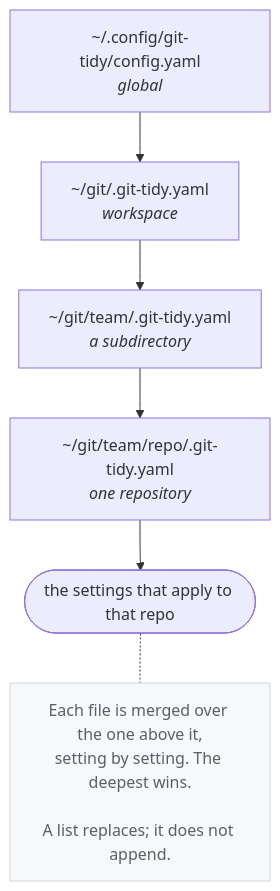
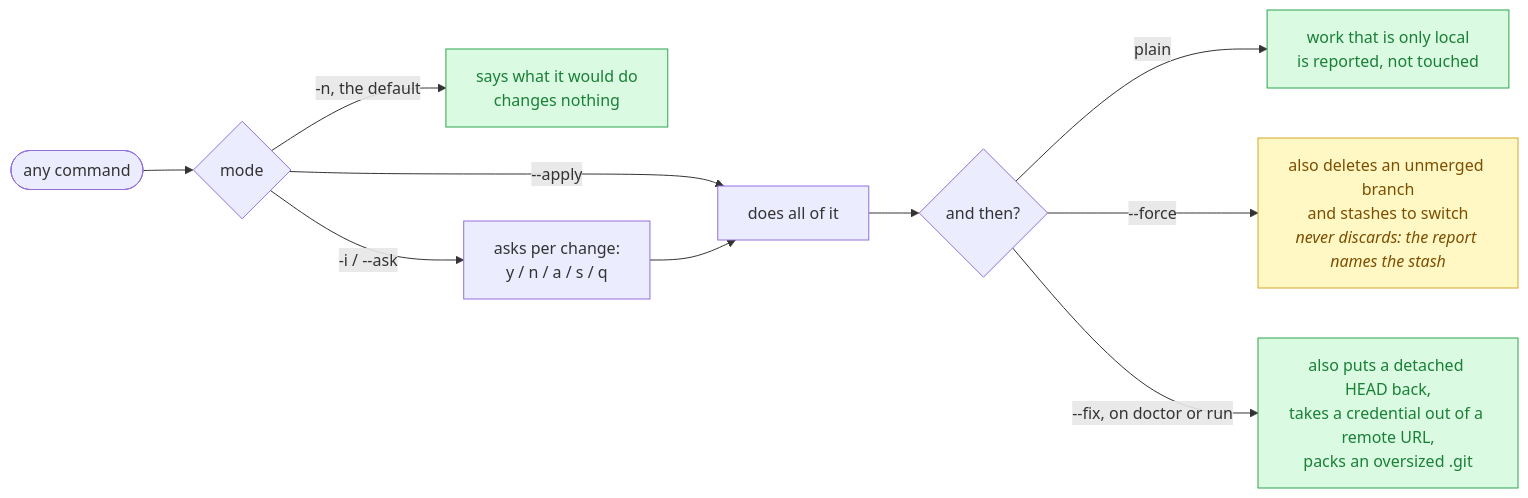
One commit to sapn95/git-tidy changed the fourth of 4 diagrams in README.md. Above: the diagram before and after it, drawn with Mermaid. The commit also changed other lines of this file, not shown here.

First line of the commit message:
The decision diagram had not kept up with the decision

````diff
--- a/README.md
+++ b/README.md
@@ -375,13 +382,17 @@
 ```mermaid
-flowchart TD
-    G["~/.config/git-tidy/config.yaml<br><i>global</i>"] --> W
-    W["~/git/.git-tidy.yaml<br><i>workspace</i>"] --> S
-    S["~/git/team/.git-tidy.yaml<br><i>a subdirectory</i>"] --> R
-    R["~/git/team/repo/.git-tidy.yaml<br><i>one repository</i>"] --> E([the settings that apply to that repo])
+flowchart LR
+    A([any command]) --> M{mode}
+    M -->|"-n, the default"| DRY["says what it would do<br>changes nothing"]
+    M -->|"-i / --ask"| ASK["asks per change:<br>y / n / a / s / q"]
+    M -->|"--apply"| DO["does all of it"]
+    ASK --> DO
+    DO --> F{"and then?"}
+    F -->|"plain"| SAFE["work that is only local<br>is reported, not touched"]
+    F -->|"--force"| MORE["also deletes an unmerged branch<br>and stashes to switch<br><i>never discards: the report names the stash</i>"]
+    F -->|"--fix, on doctor or run"| FIX["also puts a detached HEAD back,<br>takes a credential out of a remote URL,<br>packs an oversized .git"]
 
-    N["Each file is merged over the one above it,<br>setting by setting. The deepest wins.<br><br>A list replaces; it does not append."]
-    E -.- N
-
-    classDef note fill:#f6f8fa,stroke:#d0d7de,color:#57606a
-    class N note
+    classDef safe fill:#dafbe1,stroke:#2da44e,color:#1a7f37
+    classDef warn fill:#fff8c5,stroke:#d4a72c,color:#7d4e00
+    class DRY,SAFE,FIX safe
+    class MORE warn
 ```
````
